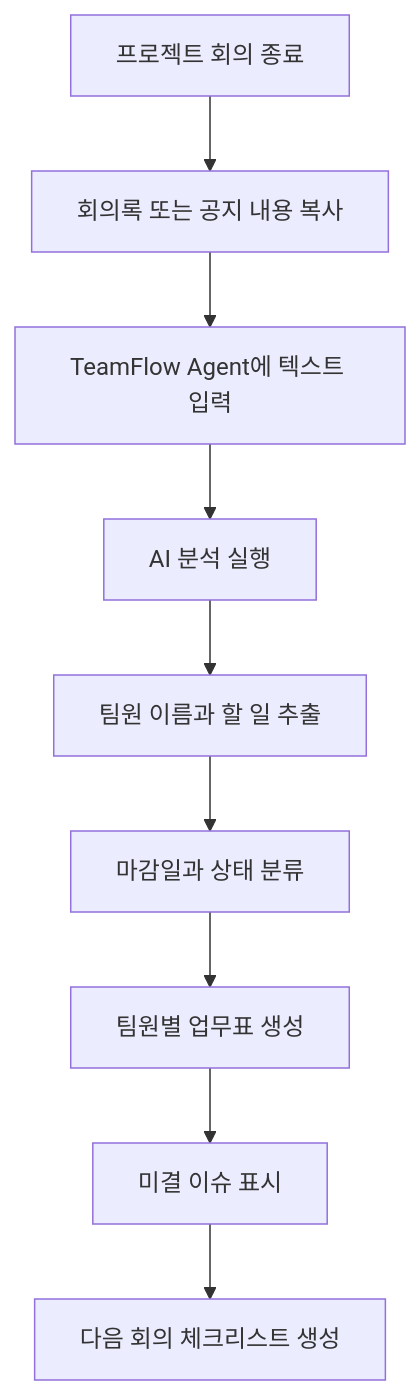
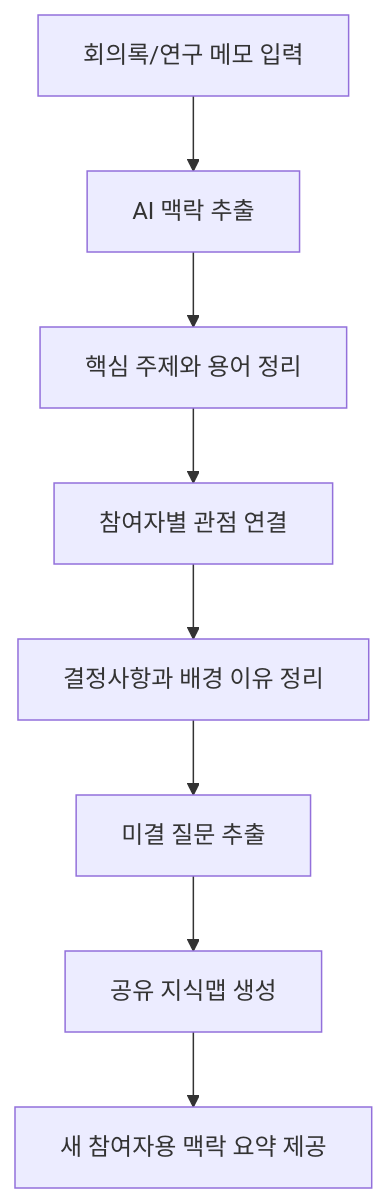
One commit to Mureung1/hub-showcase changed the diagram in docs/plan.md. Above: the diagram before and after it, drawn with Mermaid. The commit also changed other lines of this file and 21 other files, not shown here.

````diff
--- a/docs/plan.md
+++ b/docs/plan.md
@@ -125,11 +132,10 @@
 ```mermaid
 flowchart TD
-    A[프로젝트 회의 종료] --> B[회의록 또는 공지 내용 복사]
-    B --> C[TeamFlow Agent에 텍스트 입력]
-    C --> D[AI 분석 실행]
-    D --> E[팀원 이름과 할 일 추출]
-    E --> F[마감일과 상태 분류]
-    F --> G[팀원별 업무표 생성]
-    G --> H[미결 이슈 표시]
-    H --> I[다음 회의 체크리스트 생성]
+    A[회의록/연구 메모 입력] --> B[AI 맥락 추출]
+    B --> C[핵심 주제와 용어 정리]
+    C --> D[참여자별 관점 연결]
+    D --> E[결정사항과 배경 이유 정리]
+    E --> F[미결 질문 추출]
+    F --> G[공유 지식맵 생성]
+    G --> H[새 참여자용 맥락 요약 제공]
 ```
````
